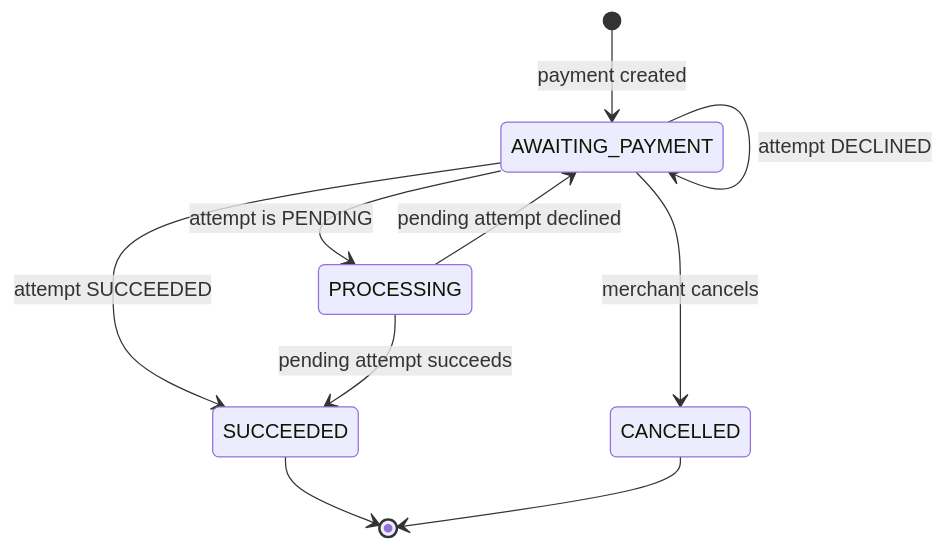
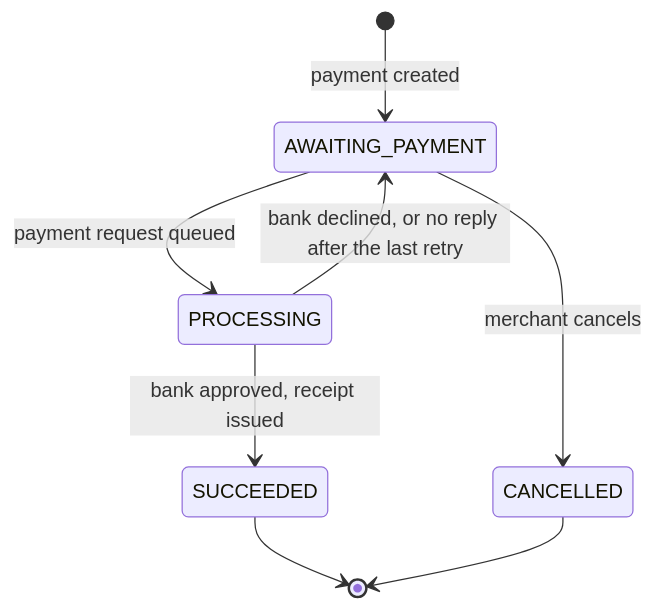
The fifth of 6 diagrams in docs/relationship-map.md (ShubhamBrody/PaymentGateway), drawn with Mermaid before and after one commit. The commit also changed other lines of this file and 1 other file, not shown here.

First line of the commit message:
Document the queue architecture, testing, and load test results

````diff
--- a/docs/relationship-map.md
+++ b/docs/relationship-map.md
@@ -185,12 +159,10 @@
 ```mermaid
 stateDiagram-v2
     [*] --> AWAITING_PAYMENT: payment created
-    AWAITING_PAYMENT --> PROCESSING: attempt is PENDING
-    AWAITING_PAYMENT --> SUCCEEDED: attempt SUCCEEDED
-    AWAITING_PAYMENT --> AWAITING_PAYMENT: attempt DECLINED
-    PROCESSING --> SUCCEEDED: pending attempt succeeds
-    PROCESSING --> AWAITING_PAYMENT: pending attempt declined
+    AWAITING_PAYMENT --> PROCESSING: payment request queued
+    PROCESSING --> SUCCEEDED: bank approved, receipt issued
+    PROCESSING --> AWAITING_PAYMENT: bank declined, or no reply after the last retry
     AWAITING_PAYMENT --> CANCELLED: merchant cancels
     SUCCEEDED --> [*]
     CANCELLED --> [*]
 ```
````
